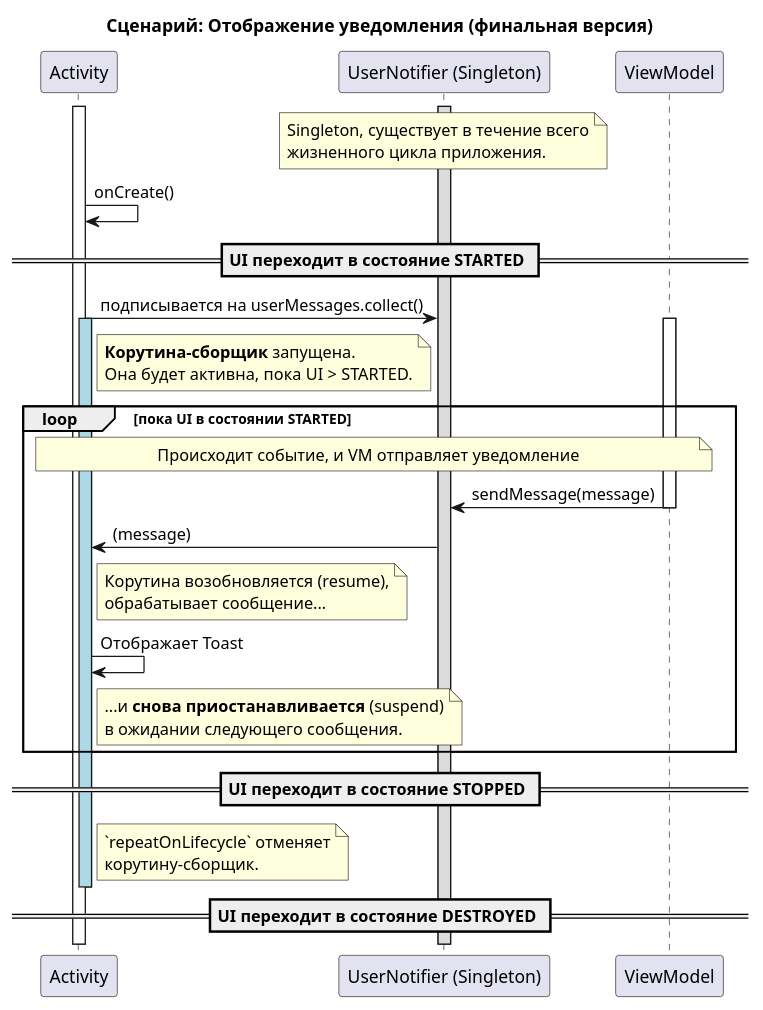
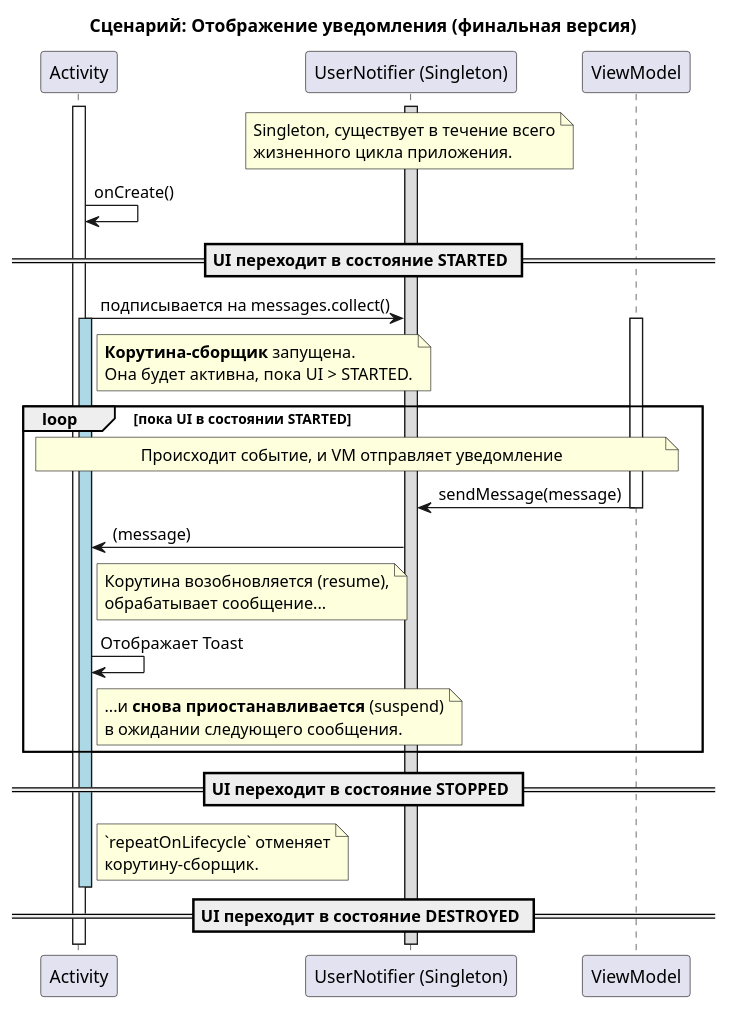
The fourth of 5 diagrams in docs/ts/MIDI_NOTIFICATION.md (astrizhachuk/PianoFlow), drawn with PlantUML before and after one commit. The commit also changed other lines of this file and 5 other files, not shown here.

Commit message:
refactor: переименовать `userMessages` в `messages` в `UserNotifier`

````diff
--- a/docs/ts/MIDI_NOTIFICATION.md
+++ b/docs/ts/MIDI_NOTIFICATION.md
@@ -157,42 +157,42 @@
 ```plantuml
 @startuml
 title Сценарий: Отображение уведомления (финальная версия)
 
 participant "Activity" as UI
 participant "UserNotifier (Singleton)" as Notifier
 participant "ViewModel" as VM
 
 activate Notifier #Gainsboro
 note over Notifier: Singleton, существует в течение всего\nжизненного цикла приложения.
 
 activate UI
 UI -> UI : onCreate()
 
 == UI переходит в состояние STARTED ==
-UI -> Notifier : подписывается на userMessages.collect()
+UI -> Notifier : подписывается на messages.collect()
 activate UI #LightBlue
 note right of UI: **Корутина-сборщик** запущена.\nОна будет активна, пока UI > STARTED.
 
 loop пока UI в состоянии STARTED
 
     note over UI, VM : Происходит событие, и VM отправляет уведомление
     activate VM
     VM -> Notifier : sendMessage(message)
     deactivate VM
 
     Notifier -> UI : (message)
     note right of UI: Корутина возобновляется (resume),\nобрабатывает сообщение...
     UI -> UI: Отображает Toast
     note right of UI: ...и **снова приостанавливается** (suspend)\nв ожидании следующего сообщения.
 
 end
 
 == UI переходит в состояние STOPPED ==
 note right of UI: `repeatOnLifecycle` отменяет\nкорутину-сборщик.
 deactivate UI #LightBlue
 
 == UI переходит в состояние DESTROYED ==
 deactivate UI
 deactivate Notifier
 @enduml
 ```
````
